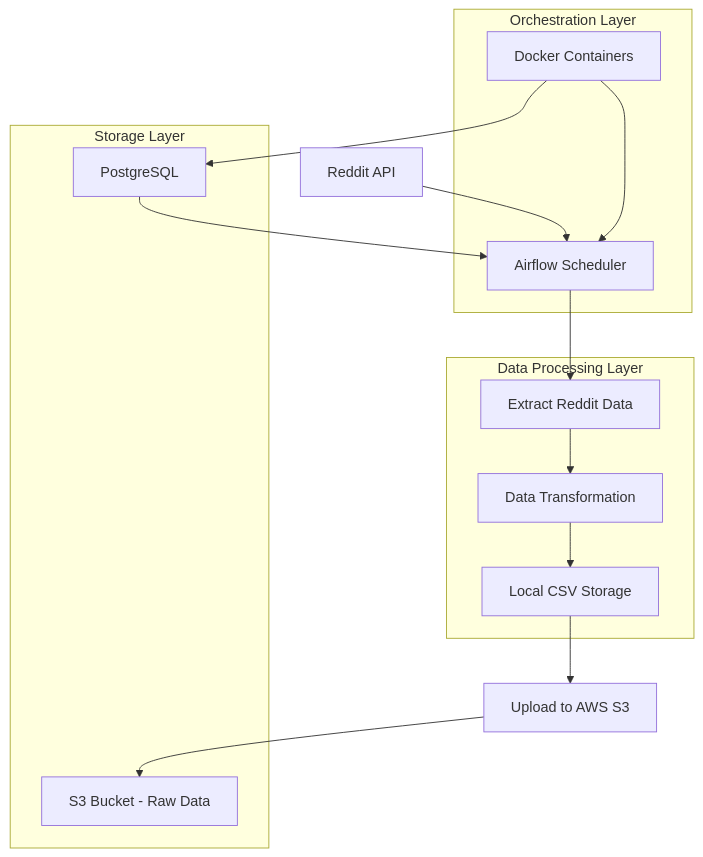
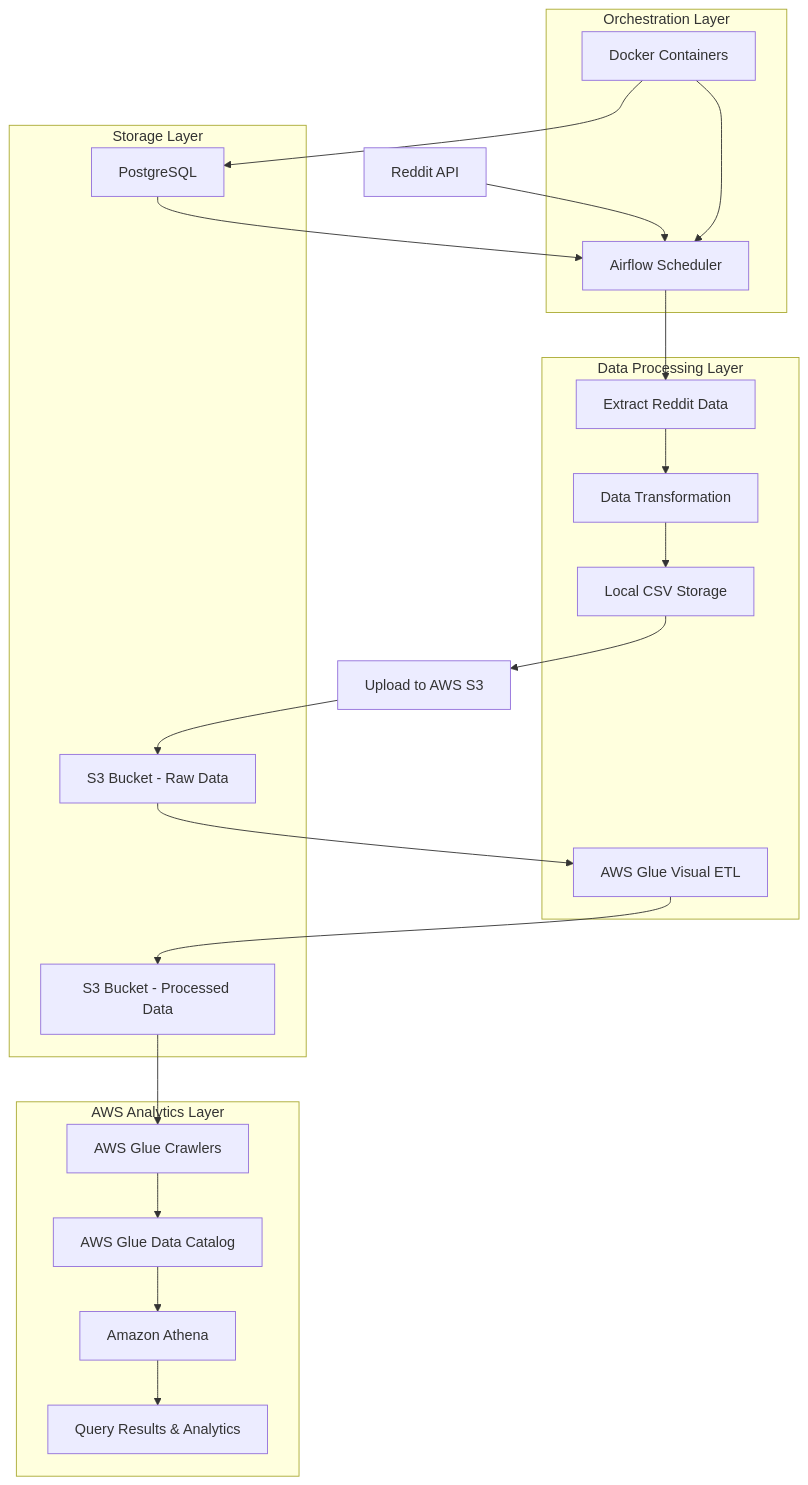
The diagram in README.md (RITS98/Reddit-API-Data-Processing-Using-Airflow-And-AWS), drawn with Mermaid before and after one commit. The commit also changed other lines of this file, not shown here.

````diff
--- a/README.md
+++ b/README.md
@@ -38,29 +42,44 @@
 ```mermaid
 graph TB
     A[Reddit API] --> B[Airflow Scheduler]
     B --> C[Extract Reddit Data]
     C --> D[Data Transformation]
     D --> E[Local CSV Storage]
     E --> F[Upload to AWS S3]
     F --> G[S3 Bucket - Raw Data]
+    G --> J[AWS Glue Visual ETL]
+    J --> K[S3 Bucket - Processed Data]
+    K --> L[AWS Glue Crawlers]
+    L --> M[AWS Glue Data Catalog]
+    M --> N[Amazon Athena]
+    N --> O[Query Results & Analytics]
     
     H[PostgreSQL] --> B
     I[Docker Containers] --> B
     I --> H
     
     subgraph "Data Processing Layer"
         C
         D
         E
+        J
     end
     
     subgraph "Storage Layer"
         G
+        K
         H
     end
     
     subgraph "Orchestration Layer"
         B
         I
     end
+    
+    subgraph "AWS Analytics Layer"
+        L
+        M
+        N
+        O
+    end
 ```
````
